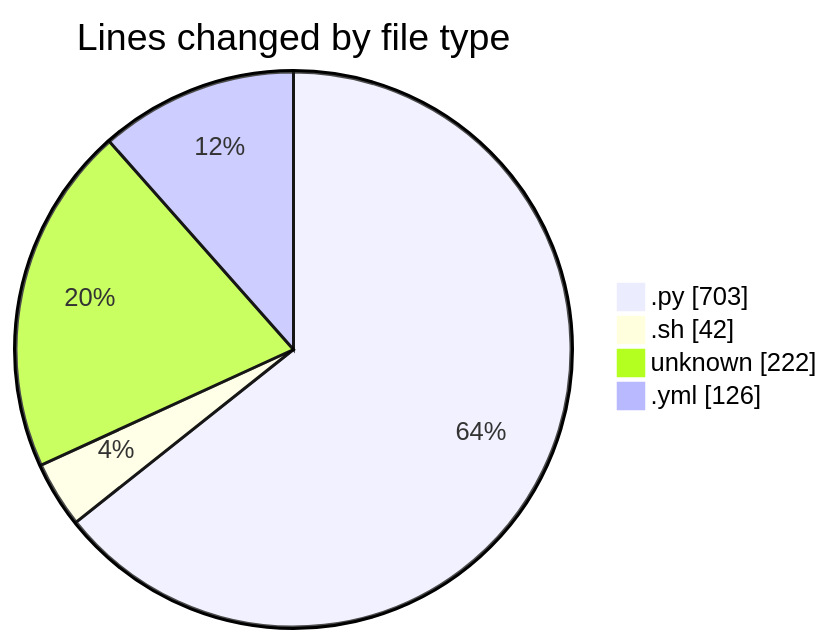
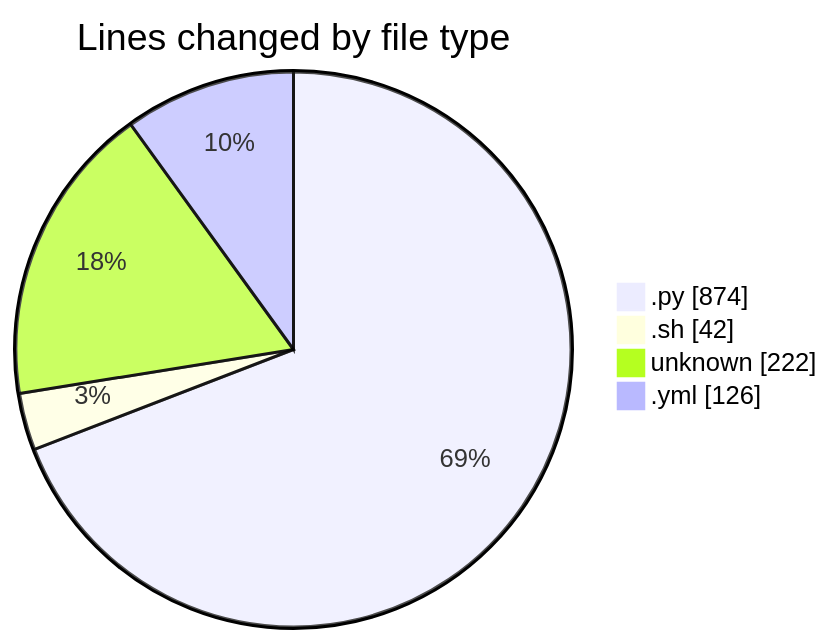
Before and after one commit to Elitesun/code-tracking: the first of 2 diagrams in 2025-05-14/niten/README.md, drawn with Mermaid. The commit also changed other lines of this file and 1 other file, not shown here.

````diff
--- a/2025-05-14/niten/README.md
+++ b/2025-05-14/niten/README.md
@@ -31,8 +31,8 @@
 ```mermaid
 pie showData
 title Lines changed by file type
-".py" : 703
+".py" : 874
 ".sh" : 42
 "unknown" : 222
 ".yml" : 126
 ```
````
